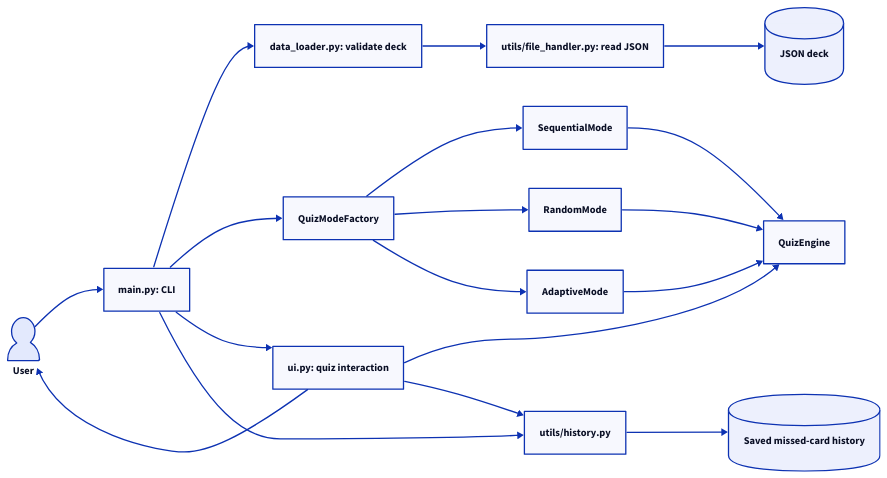
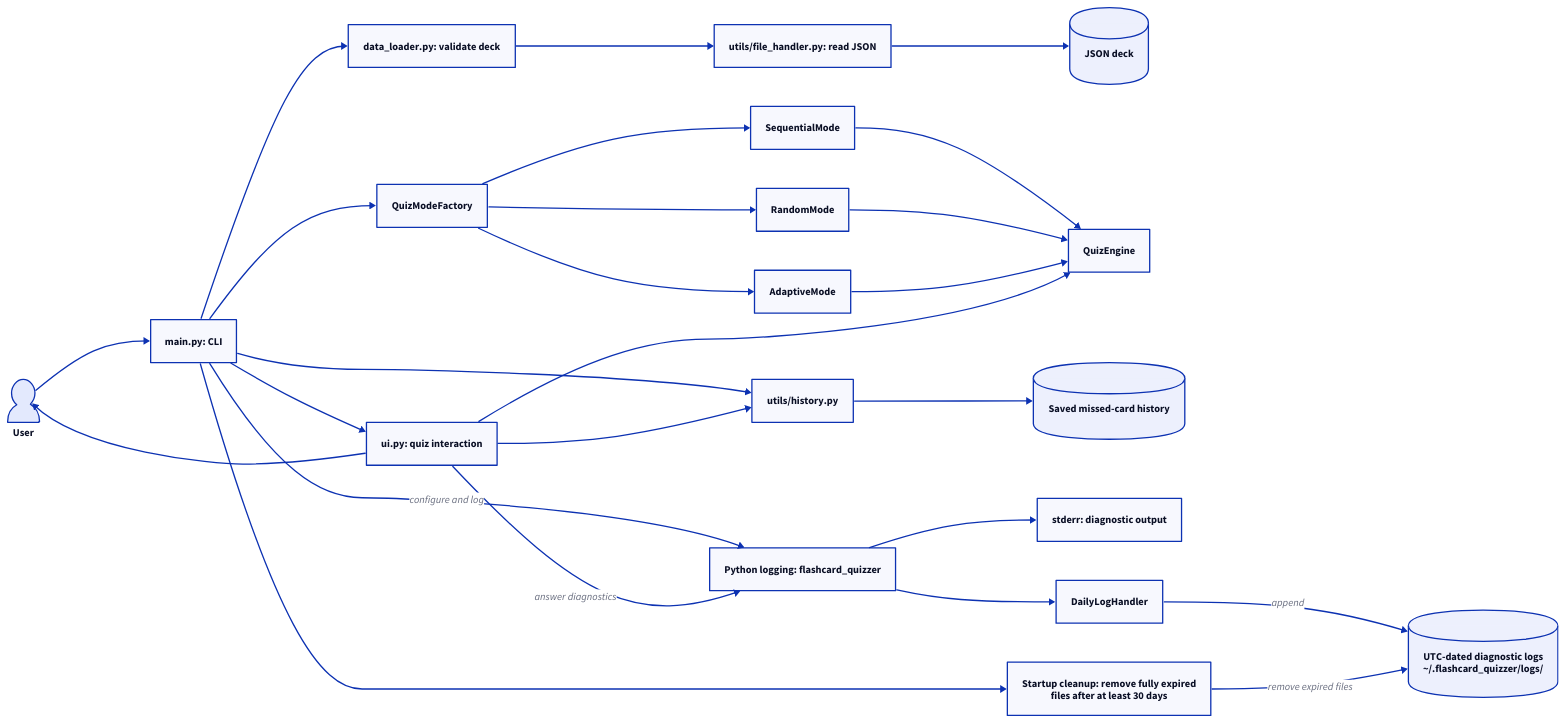
Before and after one commit to pgroven/cd14602-project-starter: the diagram in project/starter/docs/architecture.d2, drawn with D2. The commit also changed 15 other files, not shown here.

```diff
--- a/project/starter/docs/architecture.d2
+++ b/project/starter/docs/architecture.d2
@@ -1,39 +1,53 @@
 direction: right
 
 user: User {
   shape: person
 }
 cli: "main.py: CLI"
 loader: "data_loader.py: validate deck"
 file_handler: "utils/file_handler.py: read JSON"
 deck: JSON deck {
   shape: cylinder
 }
 factory: QuizModeFactory
 sequential: SequentialMode
 random: RandomMode
 adaptive: AdaptiveMode
 engine: QuizEngine
 ui: "ui.py: quiz interaction"
 history: "utils/history.py"
 store: Saved missed-card history {
   shape: cylinder
 }
+logger: "Python logging: flashcard_quizzer"
+stderr: "stderr: diagnostic output"
+log_handler: "DailyLogHandler"
+log_files: "UTC-dated diagnostic logs\n~/.flashcard_quizzer/logs/" {
+  shape: cylinder
+}
+cleanup: "Startup cleanup: remove fully expired\nfiles after at least 30 days"
 
 user -> cli
 cli -> loader
 loader -> file_handler
 file_handler -> deck
 cli -> factory
 factory -> sequential
 factory -> random
 factory -> adaptive
 sequential -> engine
 random -> engine
 adaptive -> engine
 cli -> ui
 ui -> engine
 cli -> history
 ui -> history
 history -> store
 ui -> user
+cli -> logger: configure and log
+ui -> logger: answer diagnostics
+logger -> stderr
+logger -> log_handler
+log_handler -> log_files: append
+cli -> cleanup
+cleanup -> log_files: remove expired files
```
